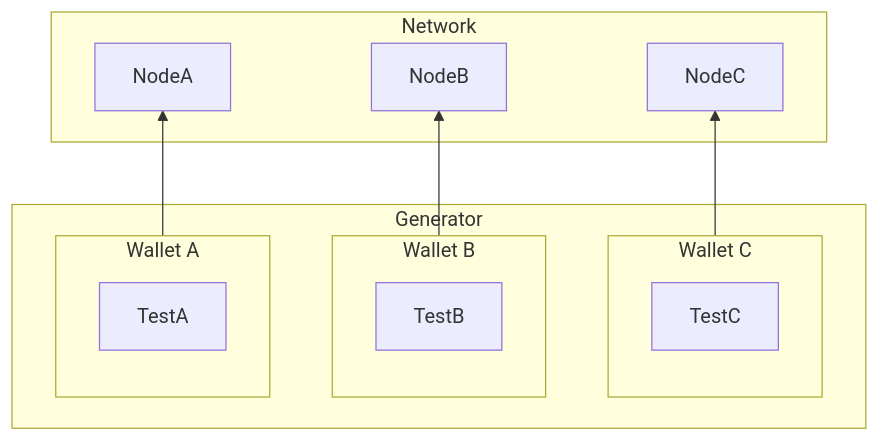
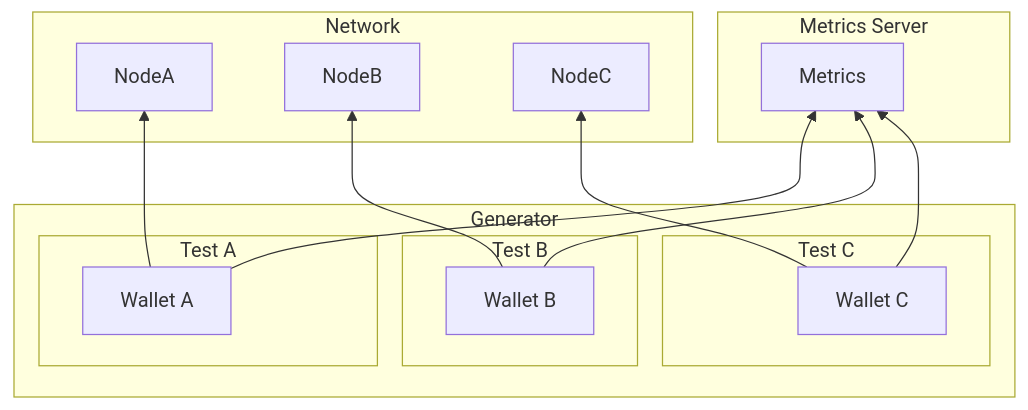
One commit to ava-labs/avalanchego changed the diagram in tests/load/main/README.md. Above: the diagram before and after it, drawn with Mermaid. The commit also changed other lines of this file, not shown here.

````diff
--- a/tests/load/main/README.md
+++ b/tests/load/main/README.md
@@ -42,25 +44,32 @@
 ```mermaid
 flowchart BT
+  subgraph MetricsServer[Metrics Server]
+    Metrics
+  end
 
   subgraph Generator
-    subgraph WalletA[Wallet A]
-        TestA
+    subgraph TestA[Test A]
+      WalletA[Wallet A]
     end
-    subgraph WalletB[Wallet B]
-        TestB
+    subgraph TestB[Test B]
+      WalletB[Wallet B]
     end
-    subgraph WalletC[Wallet C]
-        TestC
+    subgraph TestC[Test C]
+      WalletC[Wallet C]
     end
   end
 
   subgraph Network
     NodeA
     NodeB
     NodeC
   end
 
+  WalletA --> Metrics
+  WalletB --> Metrics
+  WalletC --> Metrics
+
   WalletA --> NodeA
   WalletB --> NodeB
   WalletC --> NodeC
 ```
````
